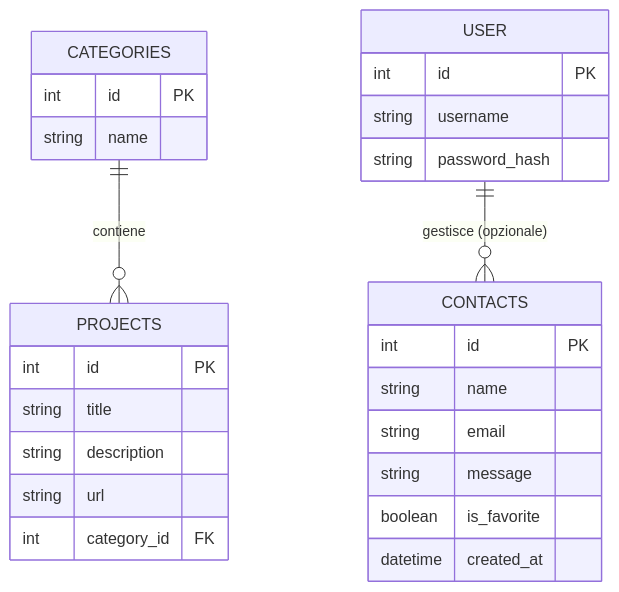
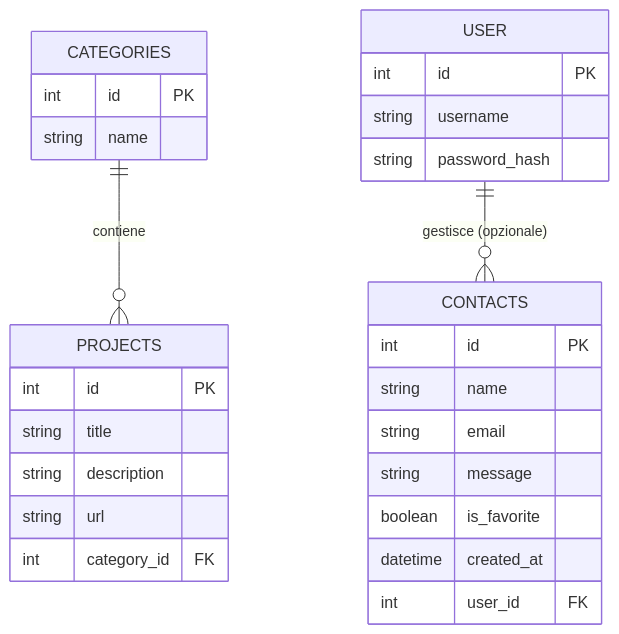
Before and after one commit to simonkolaaa/portfolio-backend: the first of 3 diagrams in docs/DOCUMENTAZIONE.md, drawn with Mermaid.

````diff
--- a/docs/DOCUMENTAZIONE.md
+++ b/docs/DOCUMENTAZIONE.md
@@ -9,30 +9,31 @@
 ```mermaid
 erDiagram
     CATEGORIES ||--o{ PROJECTS : "contiene"
     USER ||--o{ CONTACTS : "gestisce (opzionale)"
     
     USER {
         int id PK
         string username
         string password_hash
     }
     CONTACTS {
         int id PK
         string name
         string email
         string message
         boolean is_favorite
         datetime created_at
+        int user_id FK
     }
     PROJECTS {
         int id PK
         string title
         string description
         string url
         int category_id FK
     }
     CATEGORIES {
         int id PK
         string name
     }
 ```
````
